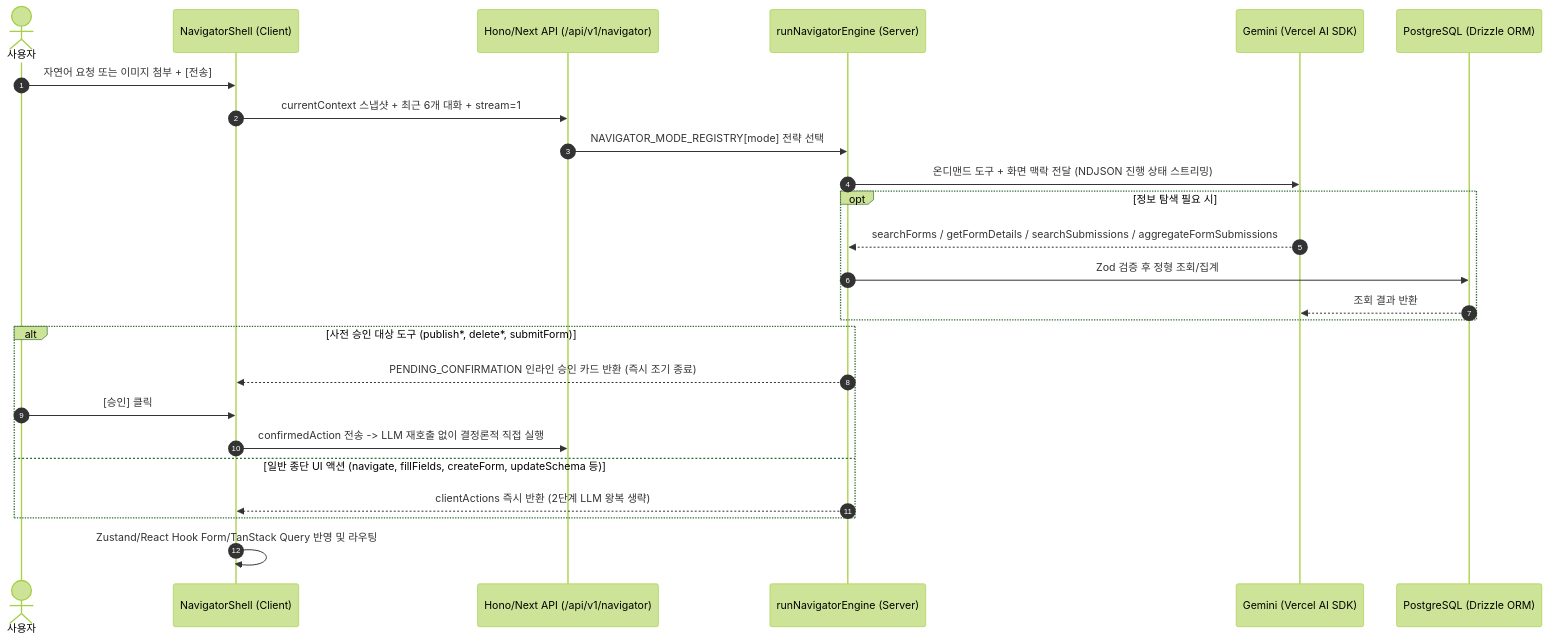
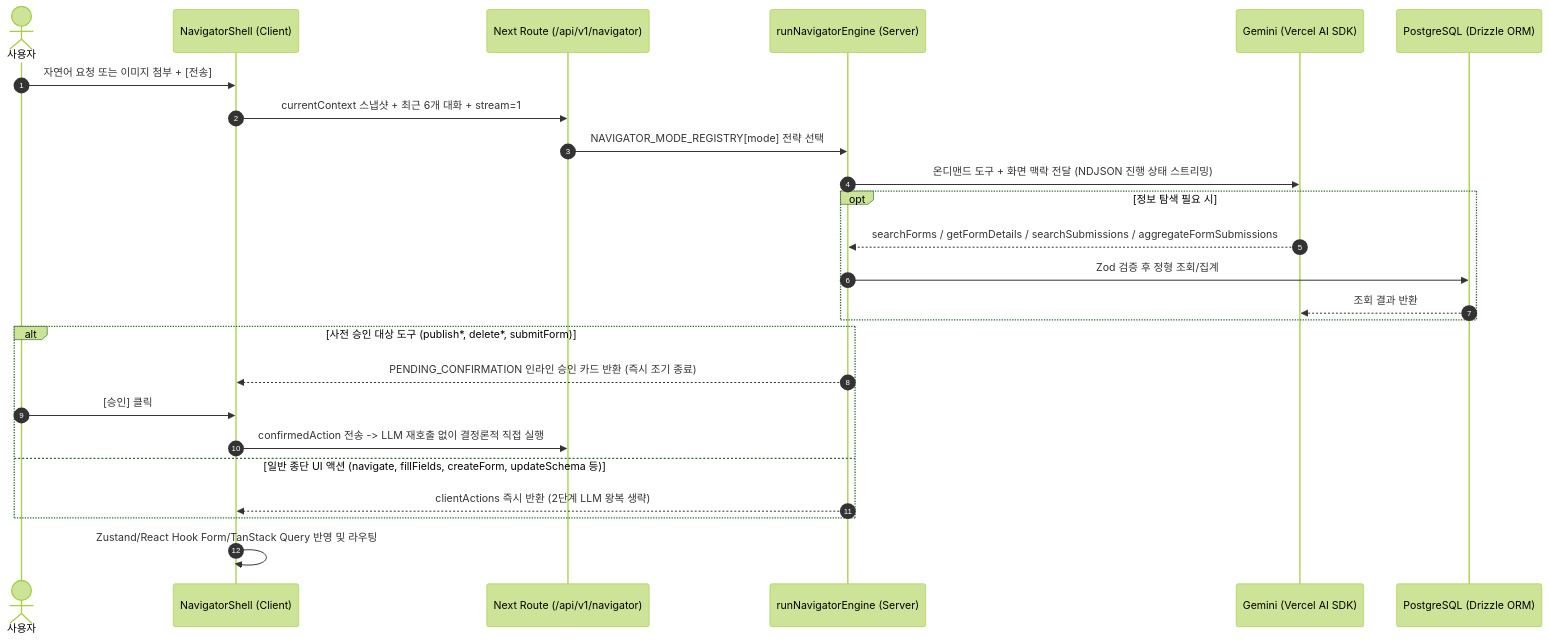
Before and after one commit to ssogle/dynamic-form-engine: the diagram in README.md, drawn with Mermaid (forest theme). The commit also changed other lines of this file and 10 other files, not shown here.

````diff
--- a/README.md
+++ b/README.md
@@ -48,28 +98,28 @@
 ```mermaid
 sequenceDiagram
     autonumber
     actor User as 사용자
     participant Shell as NavigatorShell (Client)
-    participant API as Hono/Next API (/api/v1/navigator)
+    participant API as Next Route (/api/v1/navigator)
     participant Engine as runNavigatorEngine (Server)
     participant Gemini as Gemini (Vercel AI SDK)
     participant DB as PostgreSQL (Drizzle ORM)
 
     User->>Shell: 자연어 요청 또는 이미지 첨부 + [전송]
     Shell->>API: currentContext 스냅샷 + 최근 6개 대화 + stream=1
     API->>Engine: NAVIGATOR_MODE_REGISTRY[mode] 전략 선택
     Engine->>Gemini: 온디맨드 도구 + 화면 맥락 전달 (NDJSON 진행 상태 스트리밍)
     opt 정보 탐색 필요 시
         Gemini-->>Engine: searchForms / getFormDetails / searchSubmissions / aggregateFormSubmissions
         Engine->>DB: Zod 검증 후 정형 조회/집계
         DB-->>Gemini: 조회 결과 반환
     end
     alt 사전 승인 대상 도구 (publish*, delete*, submitForm)
         Engine-->>Shell: PENDING_CONFIRMATION 인라인 승인 카드 반환 (즉시 조기 종료)
         User->>Shell: [승인] 클릭
         Shell->>API: confirmedAction 전송 -> LLM 재호출 없이 결정론적 직접 실행
     else 일반 종단 UI 액션 (navigate, fillFields, createForm, updateSchema 등)
         Engine-->>Shell: clientActions 즉시 반환 (2단계 LLM 왕복 생략)
     end
     Shell->>Shell: Zustand/React Hook Form/TanStack Query 반영 및 라우팅
 ```
````
